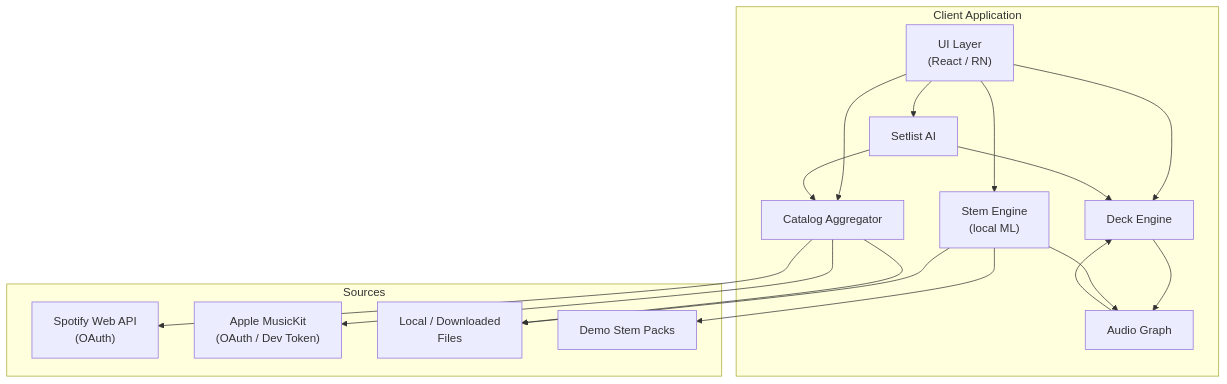
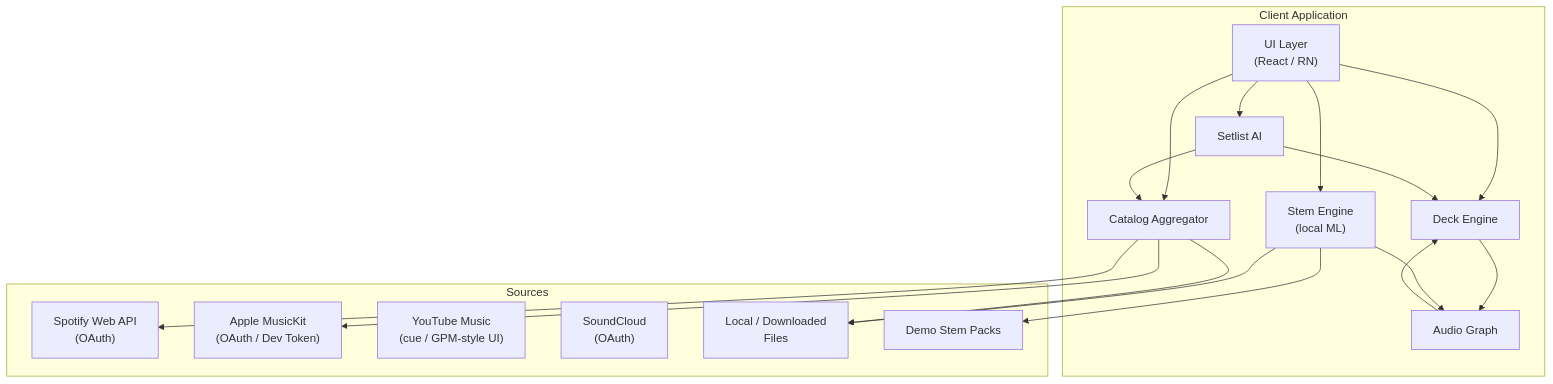
The first of 4 diagrams in docs/ARCHITECTURE.md (0xKobble/autocue), drawn with Mermaid before and after one commit. The commit also changed other lines of this file and 20 other files, not shown here.

First line of the commit message:
Add multi-source library, YTM GPM-style browse, client stem mix

````diff
--- a/docs/ARCHITECTURE.md
+++ b/docs/ARCHITECTURE.md
@@ -28,33 +28,35 @@
 ```mermaid
 flowchart TB
   subgraph Client["Client Application"]
     UI["UI Layer\n(React / RN)"]
     DE["Deck Engine"]
     SE["Stem Engine\n(local ML)"]
     CA["Catalog Aggregator"]
     SA["Setlist AI"]
     AG["Audio Graph"]
   end
 
   subgraph Sources["Sources"]
     SP["Spotify Web API\n(OAuth)"]
     AM["Apple MusicKit\n(OAuth / Dev Token)"]
+    YTM["YouTube Music\n(cue / GPM-style UI)"]
+    SC["SoundCloud\n(OAuth)"]
     LOC["Local / Downloaded\nFiles"]
     DEMO["Demo Stem Packs"]
   end
 
   UI --> DE
   UI --> SE
   UI --> CA
   UI --> SA
   DE --> AG
   SE --> AG
   SE --> LOC
   SE --> DEMO
   CA --> SP
   CA --> AM
   CA --> LOC
   SA --> CA
   SA --> DE
   AG --> DE
 ```
````
